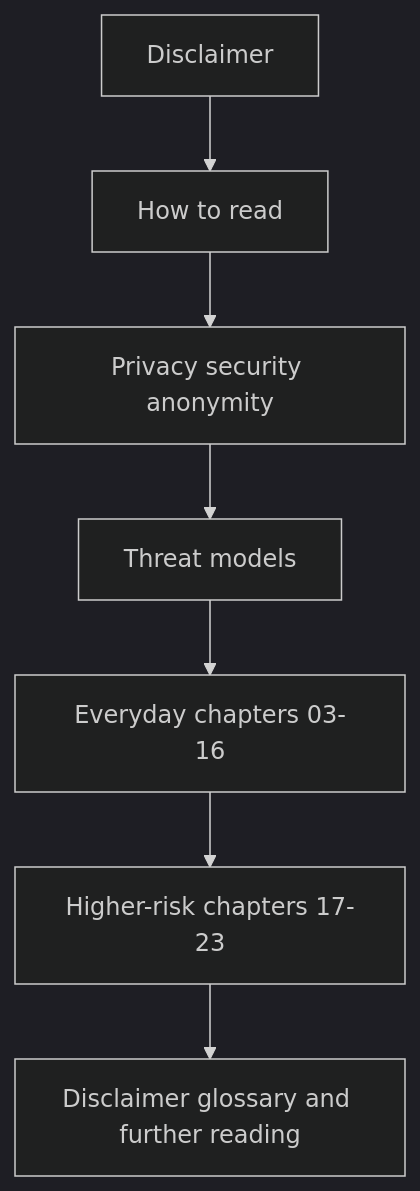
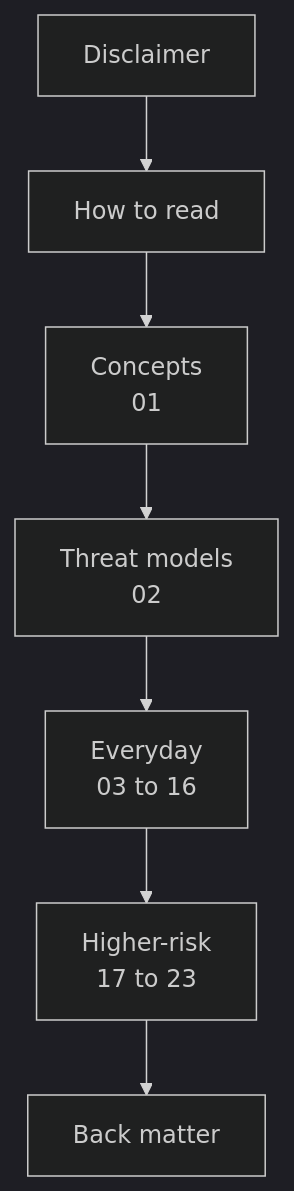
One commit to UncleJS/guide_privacy changed the diagram in README.md. Above: the diagram before and after it, drawn with Mermaid (dark theme).

Commit message:
Shorten README diagram labels to avoid clipping

````diff
--- a/README.md
+++ b/README.md
@@ -109,9 +109,9 @@
 ```mermaid
 flowchart TD
-  disclaimer[Disclaimer] --> startNode[How to read]
-  startNode --> concepts[Privacy security anonymity]
-  concepts --> threat[Threat models]
-  threat --> everyday[Everyday chapters 03-16]
-  everyday --> higher[Higher-risk chapters 17-23]
-  higher --> back[Disclaimer glossary and further reading]
+  disclaimer["Disclaimer"] --> startNode["How to read"]
+  startNode --> concepts["Concepts<br/>01"]
+  concepts --> threat["Threat models<br/>02"]
+  threat --> everyday["Everyday<br/>03 to 16"]
+  everyday --> higher["Higher-risk<br/>17 to 23"]
+  higher --> back["Back matter"]
 ```
````
